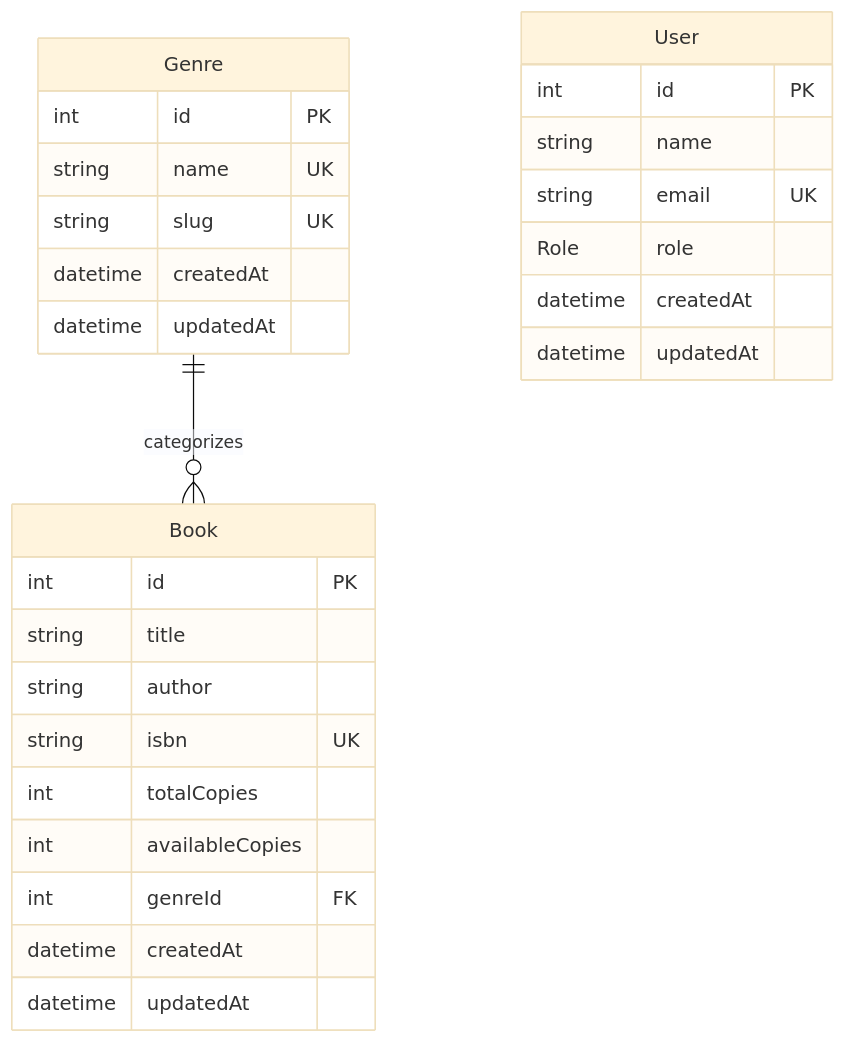
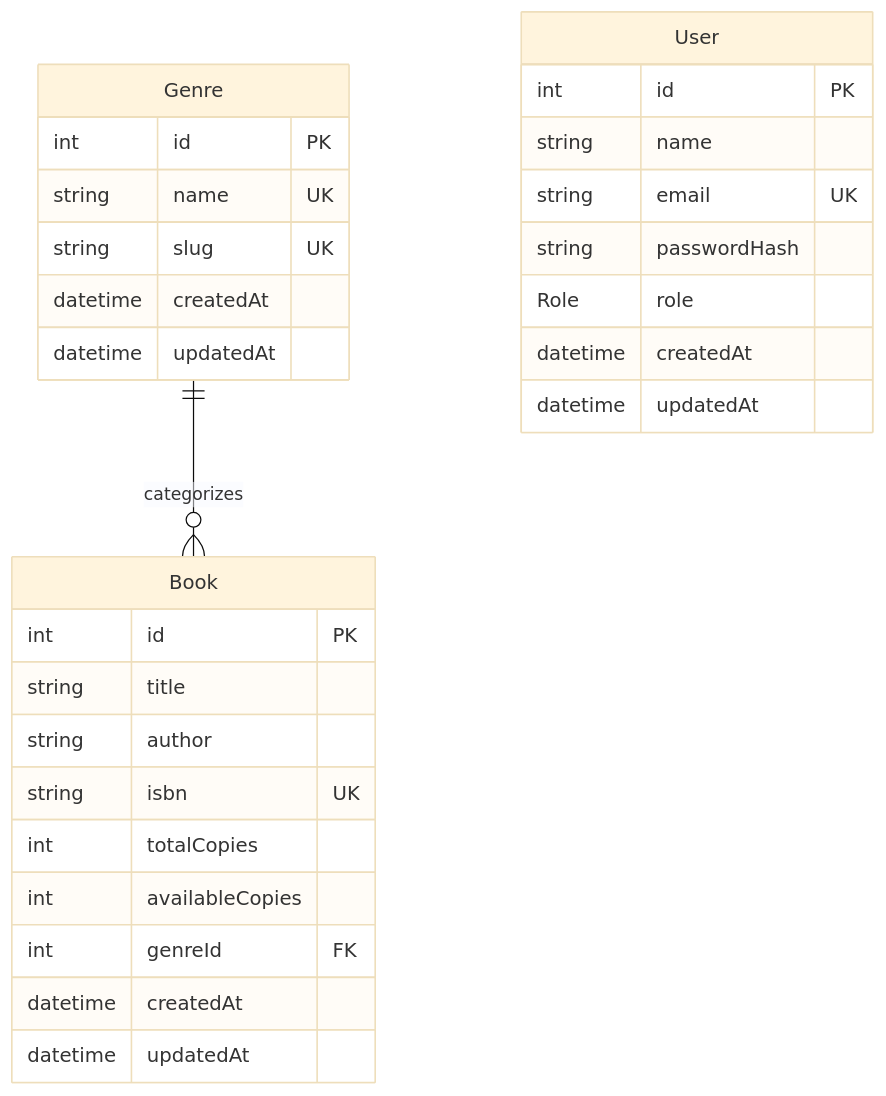
The second of 2 diagrams in README.md (llavvy-design/library-management-system), drawn with Mermaid (base theme) before and after one commit. The commit also changed other lines of this file, not shown here.

````diff
--- a/README.md
+++ b/README.md
@@ -390,34 +268,34 @@
-```mermaid
+``` mermaid
 erDiagram
     Genre ||--o{ Book : categorizes
 
     User {
         int id PK
         string name
         string email UK
+        string passwordHash
         Role role
         datetime createdAt
         datetime updatedAt
     }
 
     Genre {
         int id PK
         string name UK
         string slug UK
         datetime createdAt
         datetime updatedAt
     }
 
     Book {
         int id PK
         string title
         string author
         string isbn UK
         int totalCopies
         int availableCopies
         int genreId FK
         datetime createdAt
         datetime updatedAt
     }
-
 ```
````
